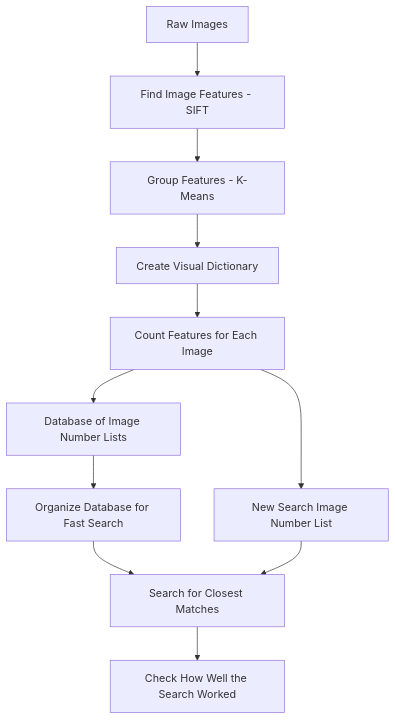
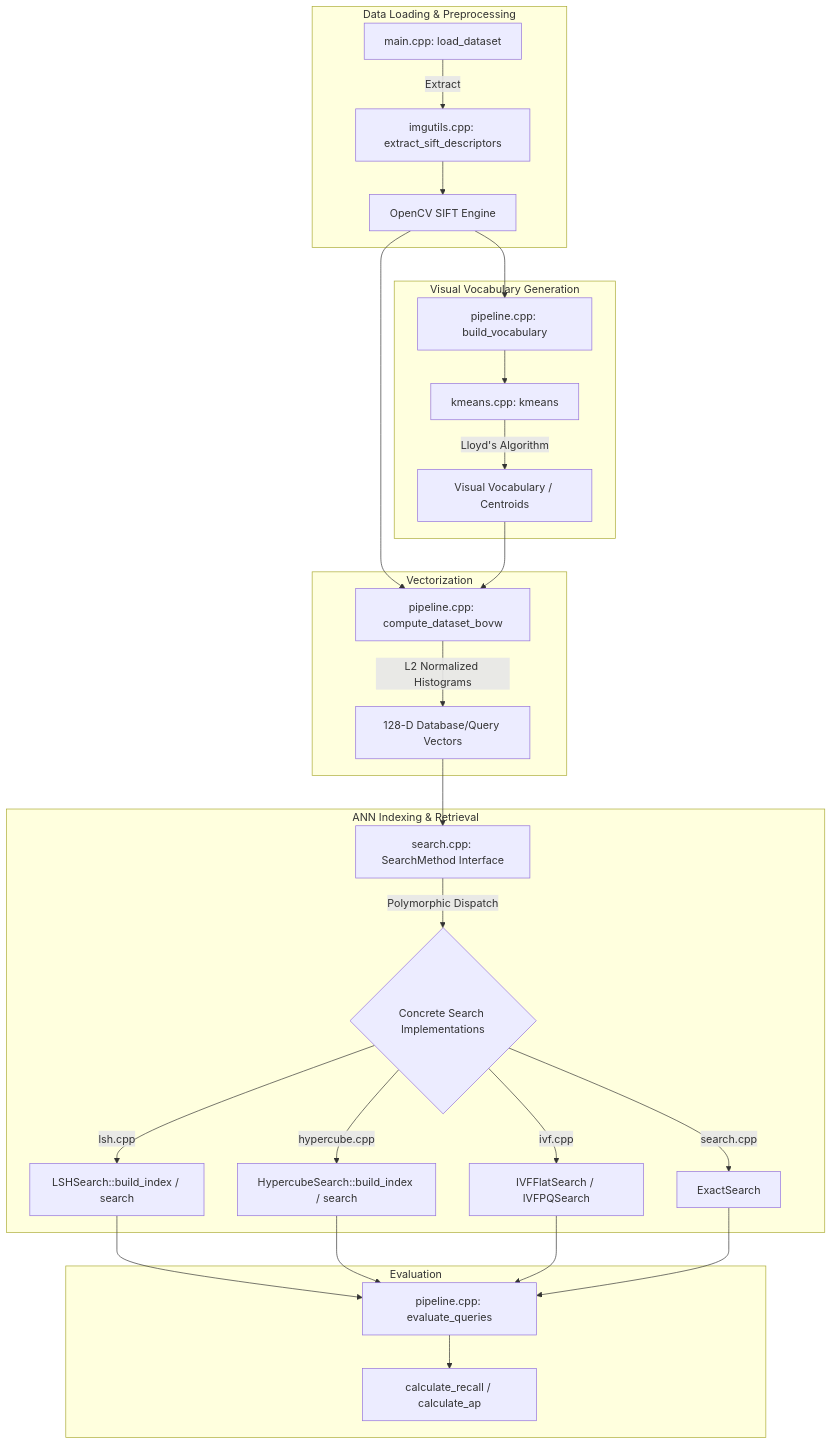
Before and after one commit to Mantb/Mantb: the diagram in implementation_breakdown.md, drawn with Mermaid. The commit also changed other lines of this file, not shown here.

````diff
--- a/implementation_breakdown.md
+++ b/implementation_breakdown.md
@@ -14,13 +11,36 @@
 ```mermaid
 graph TD
-    A[Raw Images] --> B[Find Image Features - SIFT]
-    B --> C[Group Features - K-Means]
-    C --> D[Create Visual Dictionary]
-    D --> E[Count Features for Each Image]
-    E --> F[Database of Image Number Lists]
-    E --> G[New Search Image Number List]
-    F --> H[Organize Database for Fast Search]
-    H --> I[Search for Closest Matches]
-    G --> I
-    I --> J[Check How Well the Search Worked]
+    subgraph Data Loading & Preprocessing
+        A[main.cpp: load_dataset] -->|Extract| B[imgutils.cpp: extract_sift_descriptors]
+        B --> C[OpenCV SIFT Engine]
+    end
+
+    subgraph Visual Vocabulary Generation
+        D[pipeline.cpp: build_vocabulary] --> E[kmeans.cpp: kmeans]
+        E -->|Lloyd's Algorithm| F[Visual Vocabulary / Centroids]
+    end
+    C --> D
+
+    subgraph Vectorization
+        C --> G[pipeline.cpp: compute_dataset_bovw]
+        F --> G
+        G -->|L2 Normalized Histograms| H[128-D Database/Query Vectors]
+    end
+
+    subgraph ANN Indexing & Retrieval
+        H --> I[search.cpp: SearchMethod Interface]
+        I -->|Polymorphic Dispatch| J{Concrete Search Implementations}
+        J -->|lsh.cpp| K[LSHSearch::build_index / search]
+        J -->|hypercube.cpp| L[HypercubeSearch::build_index / search]
+        J -->|ivf.cpp| M[IVFFlatSearch / IVFPQSearch]
+        J -->|search.cpp| N[ExactSearch]
+    end
+
+    subgraph Evaluation
+        K --> O[pipeline.cpp: evaluate_queries]
+        L --> O
+        M --> O
+        N --> O
+        O --> P[calculate_recall / calculate_ap]
+    end
 ```
````
